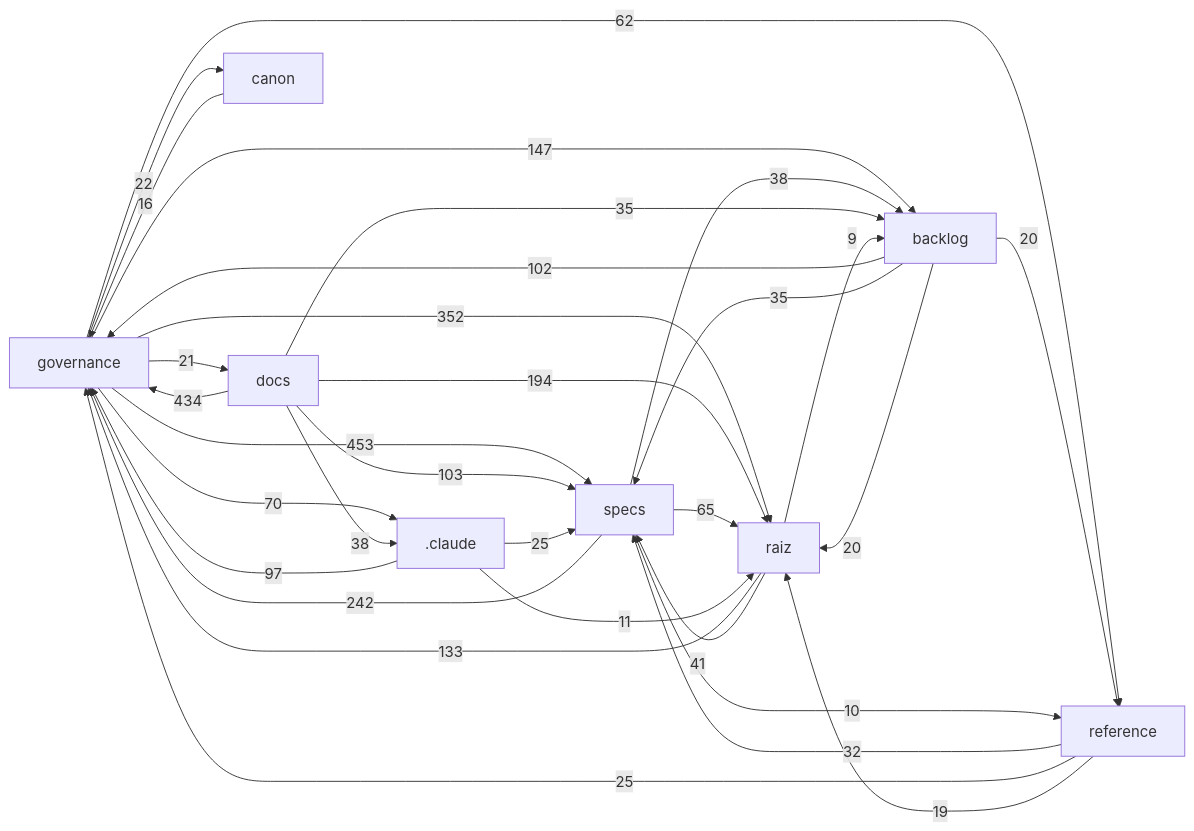
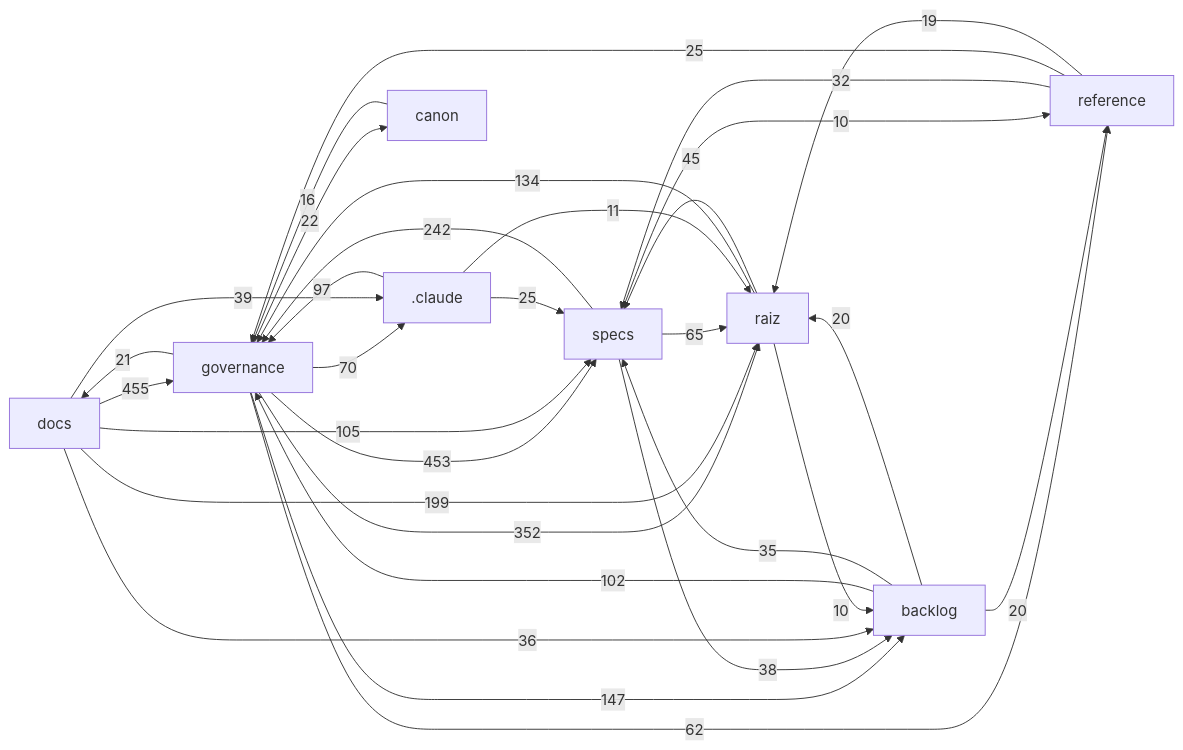
Before and after one commit to Andraus35/Sistema-Operacional-de-Trading--SOT: the diagram in docs/mapa/MAPA-PROJETO.md, drawn with Mermaid. The commit also changed other lines of this file and 3 other files, not shown here.

````diff
--- a/docs/mapa/MAPA-PROJETO.md
+++ b/docs/mapa/MAPA-PROJETO.md
@@ -29,33 +29,33 @@
 ```mermaid
 flowchart LR
+  docs["docs"] -->|455| governance["governance"]
   governance["governance"] -->|453| specs["specs"]
-  docs["docs"] -->|434| governance["governance"]
   governance["governance"] -->|352| raiz["raiz"]
   specs["specs"] -->|242| governance["governance"]
-  docs["docs"] -->|194| raiz["raiz"]
+  docs["docs"] -->|199| raiz["raiz"]
   governance["governance"] -->|147| backlog["backlog"]
-  raiz["raiz"] -->|133| governance["governance"]
-  docs["docs"] -->|103| specs["specs"]
+  raiz["raiz"] -->|134| governance["governance"]
+  docs["docs"] -->|105| specs["specs"]
   backlog["backlog"] -->|102| governance["governance"]
   _claude[".claude"] -->|97| governance["governance"]
   governance["governance"] -->|70| _claude[".claude"]
   specs["specs"] -->|65| raiz["raiz"]
   governance["governance"] -->|62| reference["reference"]
-  raiz["raiz"] -->|41| specs["specs"]
-  docs["docs"] -->|38| _claude[".claude"]
+  raiz["raiz"] -->|45| specs["specs"]
+  docs["docs"] -->|39| _claude[".claude"]
   specs["specs"] -->|38| backlog["backlog"]
+  docs["docs"] -->|36| backlog["backlog"]
   backlog["backlog"] -->|35| specs["specs"]
-  docs["docs"] -->|35| backlog["backlog"]
   reference["reference"] -->|32| specs["specs"]
   _claude[".claude"] -->|25| specs["specs"]
   reference["reference"] -->|25| governance["governance"]
   governance["governance"] -->|22| canon["canon"]
   governance["governance"] -->|21| docs["docs"]
   backlog["backlog"] -->|20| raiz["raiz"]
   backlog["backlog"] -->|20| reference["reference"]
   reference["reference"] -->|19| raiz["raiz"]
   canon["canon"] -->|16| governance["governance"]
   _claude[".claude"] -->|11| raiz["raiz"]
+  raiz["raiz"] -->|10| backlog["backlog"]
   specs["specs"] -->|10| reference["reference"]
-  raiz["raiz"] -->|9| backlog["backlog"]
 ```
````
